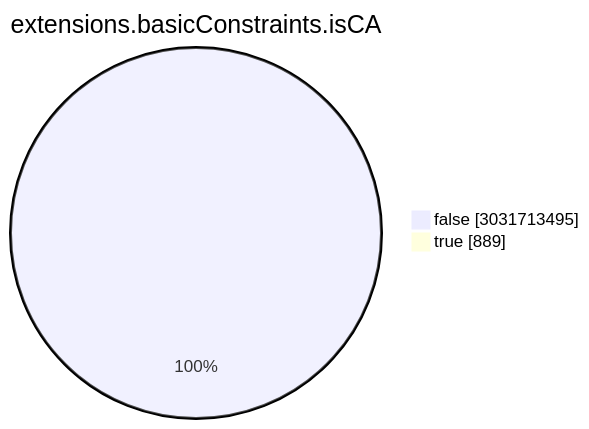
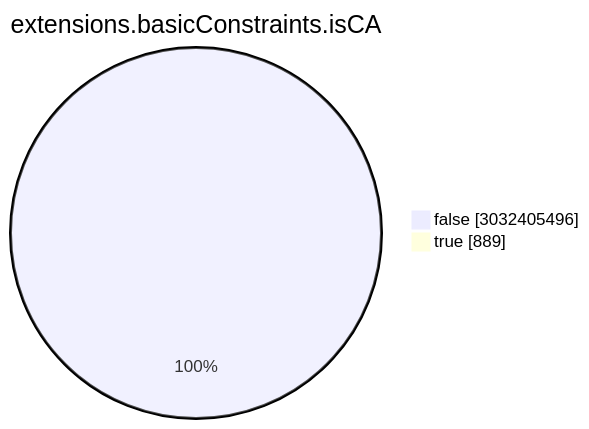
The seventh of 15 diagrams in TOTAL/README.md (christiankrug/ctmonitor_visualization), drawn with Mermaid before and after one commit. The commit also changed other lines of this file, not shown here.

````diff
--- a/TOTAL/README.md
+++ b/TOTAL/README.md
@@ -3088,6 +3088,6 @@
 ```mermaid
 pie showData
 title extensions.basicConstraints.isCA
-"false" :3031713495
+"false" :3032405496
 "true" :889
 ```
````
